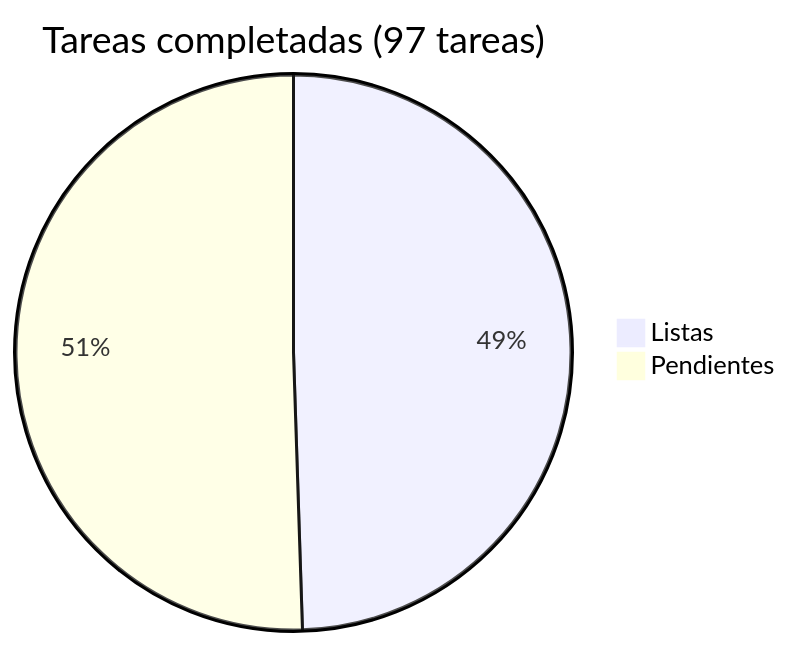
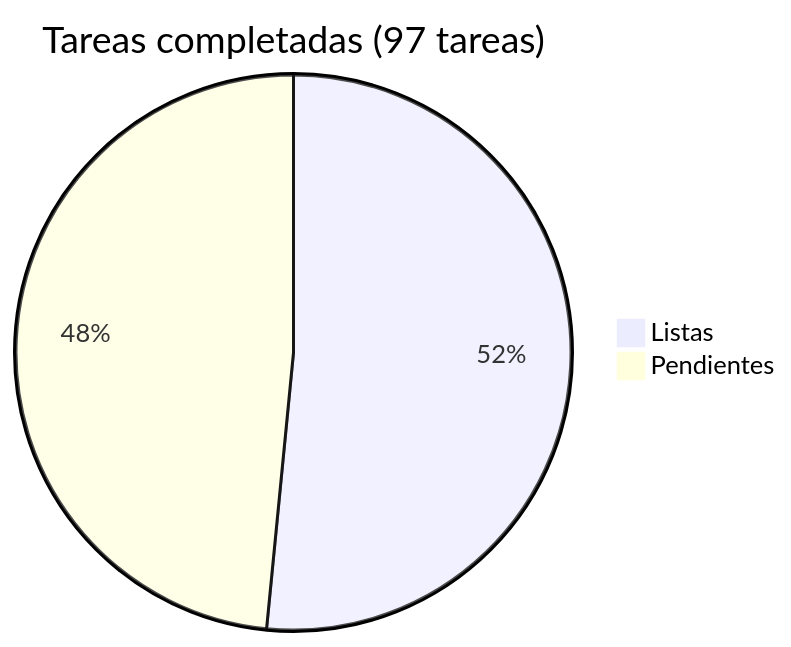
The diagram in docs/roadmap/README.md (araguaney-lat/araguaney), drawn with Mermaid before and after one commit. The commit also changed other lines of this file and 1 other file, not shown here.

Commit message:
docs: mark tasks 6 and 18 done, task 9 pending (paid plan)

````diff
--- a/docs/roadmap/README.md
+++ b/docs/roadmap/README.md
@@ -5,5 +5,5 @@
 ```mermaid
 pie title Tareas completadas (97 tareas)
-    "Listas" : 48
-    "Pendientes" : 49
+    "Listas" : 50
+    "Pendientes" : 47
 ```
````
